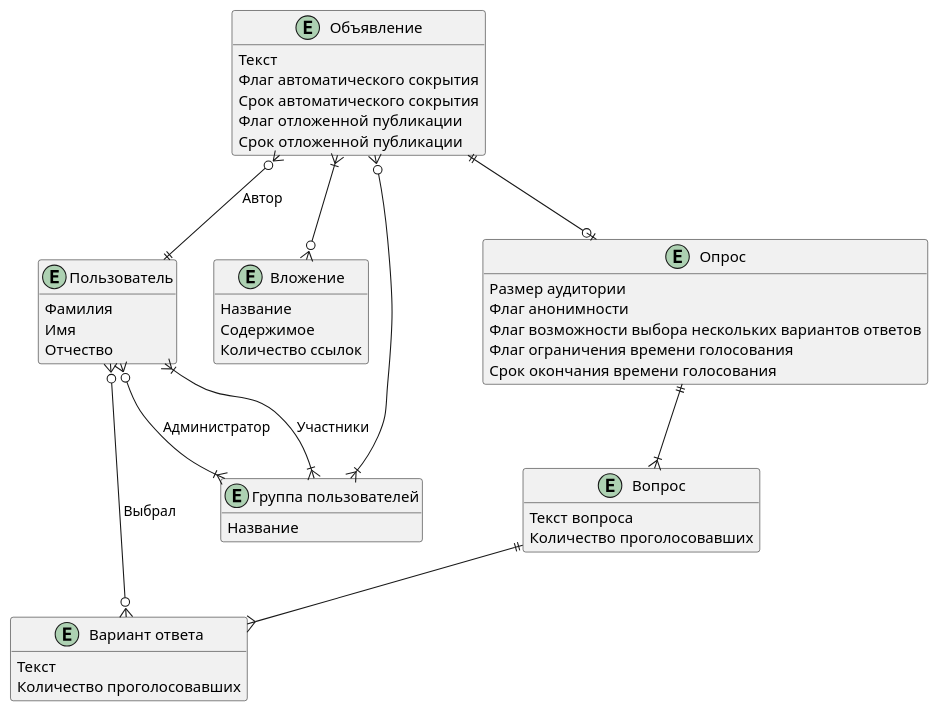
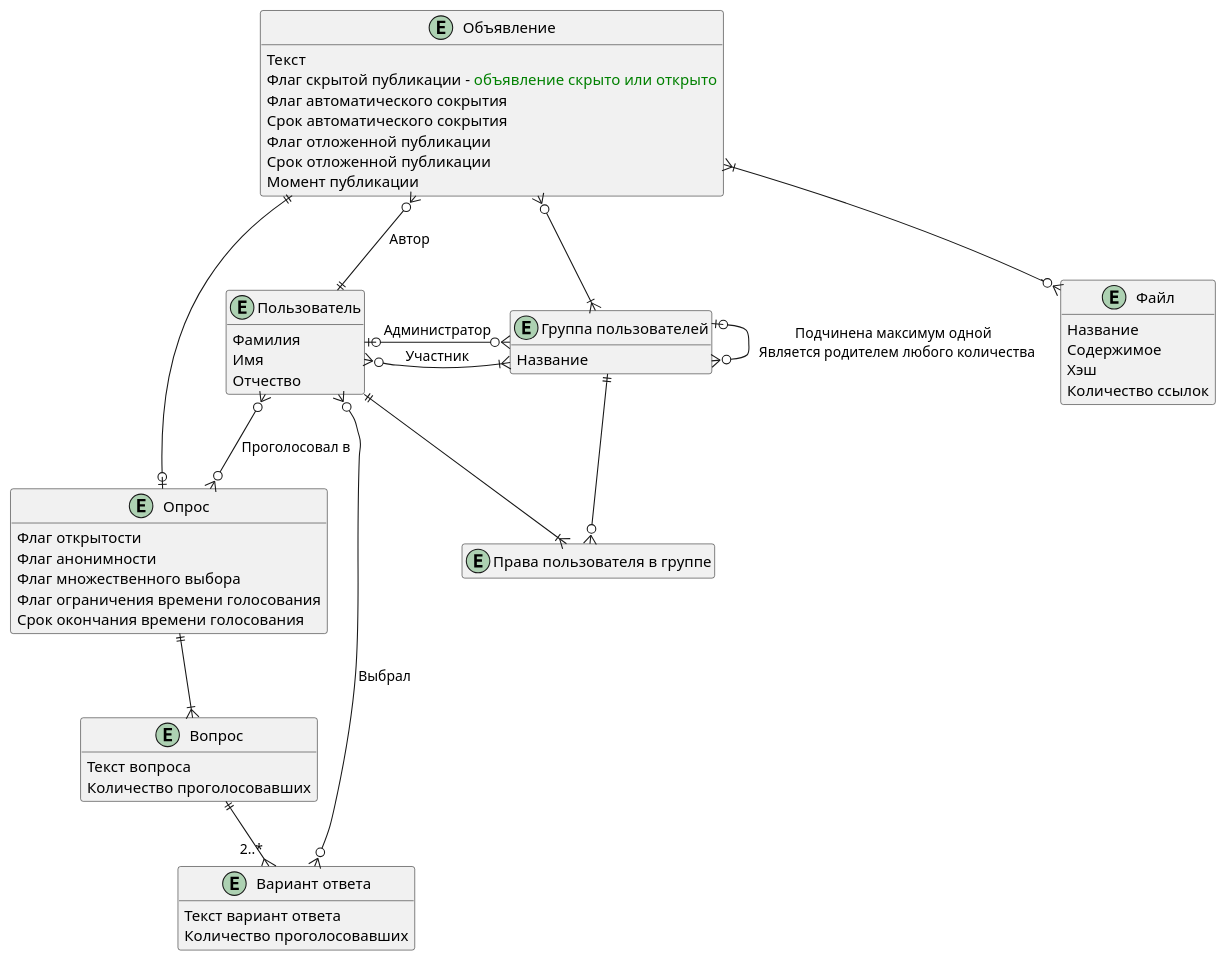
Before and after one commit to astu-app/ASTU-Bulletin-Board-Server: the diagram in doc/Диаграммы/er.puml, drawn with PlantUML. The commit also changed 1 other file, not shown here.

Commit message:
подробнее проработал er диаграмму и поправил док

```diff
--- a/doc/Диаграммы/er.puml
+++ b/doc/Диаграммы/er.puml
@@ -1,58 +1,69 @@
 @startuml
 'https://plantuml.com/class-diagram
 
 hide methods
 
 entity "Пользователь" as user {
     Фамилия
     Имя
     Отчество
 }
 
 entity "Объявление" as notification { 
     Текст
+    Флаг скрытой публикации - <font color="green">объявление скрыто или открыто</font>
     Флаг автоматического сокрытия
     Срок автоматического сокрытия
     Флаг отложенной публикации
     Срок отложенной публикации
+    Момент публикации
 }
 notification }o--|| user : Автор
 
-entity "Вложение" as attachment { 
+entity "Файл" as attachedFile { 
     Название
     Содержимое
+    Хэш
     Количество ссылок
 }
-notification }|--o{ attachment
+notification }|--o{ attachedFile
 
 entity "Опрос" as survey {
-    Размер аудитории
+    Флаг открытости
     Флаг анонимности
-    Флаг возможности выбора нескольких вариантов ответов
+    Флаг множественного выбора
     Флаг ограничения времени голосования
     Срок окончания времени голосования
 }
 notification ||--o| survey
+user }o--o{ survey : Проголосовал в
 
 entity "Вопрос" as question {
     Текст вопроса
     Количество проголосовавших
 }
 survey ||--|{ question
 
-entity "Вариант ответа" as answer  {
-    Текст
+entity "Вариант ответа" as answer {
+    Текст вариант ответа
     Количество проголосовавших
 }
-question ||--{ answer
+question ||--{ "2..*" answer
 user }o--o{ answer : Выбрал
 
 entity "Группа пользователей" as userGroup { 
     Название
 }
 notification }o--|{ userGroup
-user }|--|{ userGroup : Участники
-user }o--|{ userGroup : Администратор
+user }o--|{ userGroup : Участник
+user |o-right-o{ userGroup : Администратор
+userGroup |o--o{ userGroup : Подчинена максимум одной \n Является родителем любого количества
+
+entity "Права пользователя в группе" as userRightsInGroup {}
+hide userRightsInGroup members
+user ||--|{ userRightsInGroup
+userGroup ||--o{ userRightsInGroup
+
 
 
 @enduml
```
